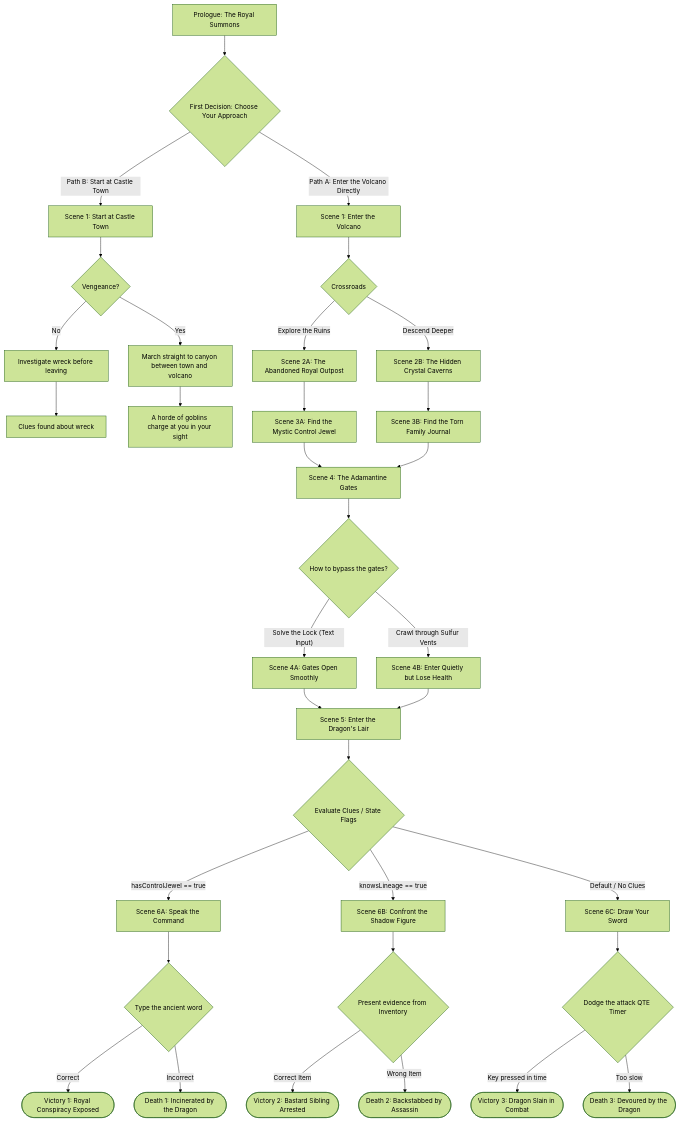
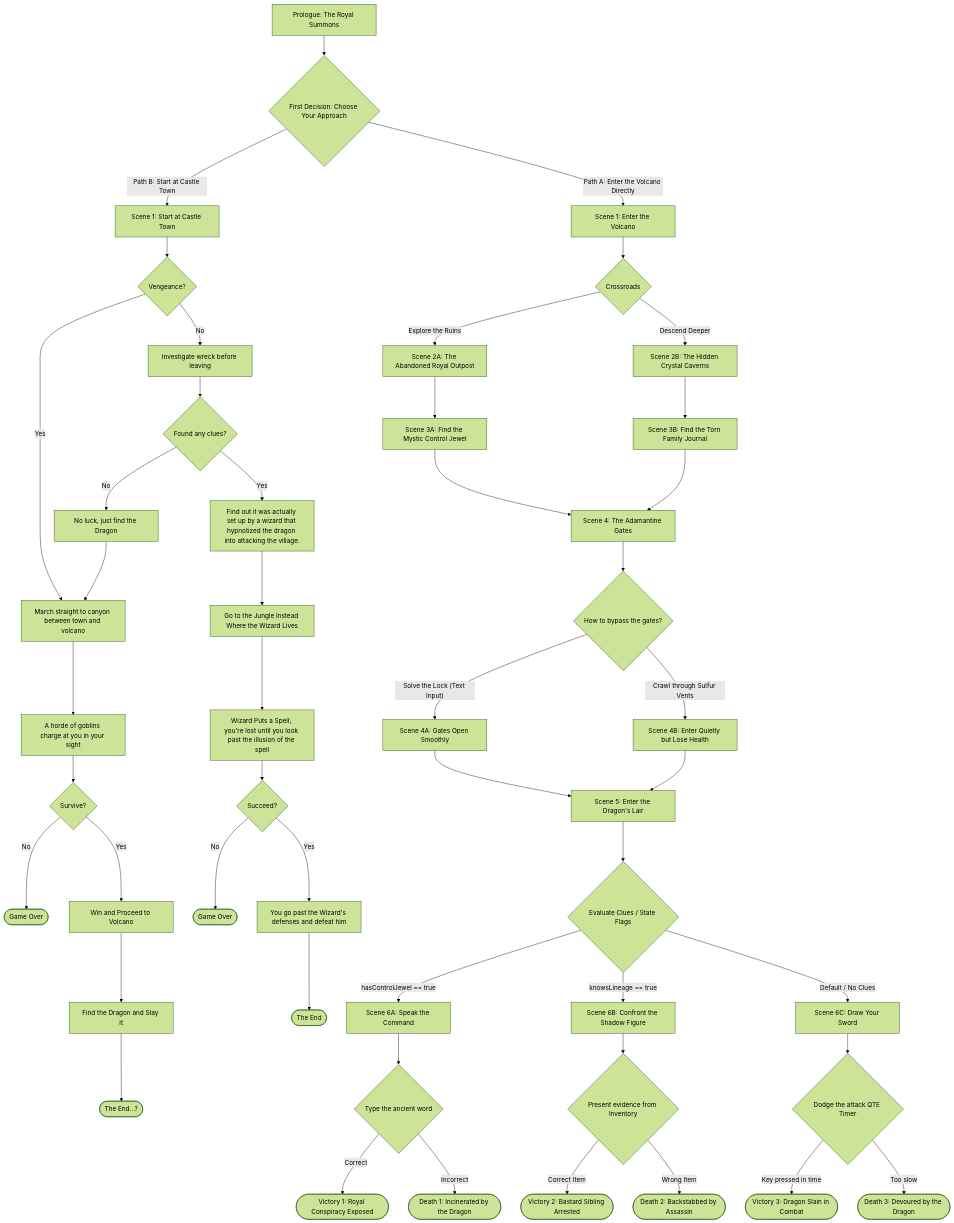
Before and after one commit to jwroberts1/Web115GrpPrj: the diagram in README.md, drawn with Mermaid (forest theme). The commit also changed other lines of this file, not shown here.

Commit message:
Revise README with updated project details
Updated team member roles and responsibilities, expanded story premise, and revised gameplay mechanics. Enhanced flowchart to reflect additional narrative paths and decisions.

````diff
--- a/README.md
+++ b/README.md
@@ -39,57 +39,71 @@
 ```mermaid
 flowchart TD
     %% Opening Split
     Start[Prologue: The Royal Summons] --> Split{First Decision: Choose Your Approach}
     
-    %% Branch B: Zachary's Path (Castle Town & Canyon)
-    Split -- Path B: Start at Castle Town --> Z1[Scene 1: Start at Castle Town]
-    Z1 --> Z2{"Vengeance?"}
-    Z2 -->|Yes| Z4[March straight to canyon between town and volcano]
-    Z2 -->|No| Z3[Investigate wreck before leaving]
-    Z3 --> Z5[Clues found about wreck]
-    Z4 --> Z6[A horde of goblins charge at you in your sight]
+    %% Branch B: Zachary's Path (Castle Town, Canyon & Wizard's Jungle)
+    Split -- Path B: Start at Castle Town --> ZA[Scene 1: Start at Castle Town]
+    ZA --> ZB{"Vengeance?"}
+    ZB -->|Yes| ZD[March straight to canyon between town and volcano]
+    ZB -->|No| ZC[Investigate wreck before leaving]
+    ZC --> ZE{"Found any clues?"}
+    ZD --> ZF[A horde of goblins charge at you in your sight]
+    ZE -->|No| ZM[No luck, just find the Dragon]
+    ZM --> ZD
+    ZE -->|Yes| ZG["Find out it was actually set up by a wizard that hypnotized the dragon into attacking the village."]
+    ZF --> ZH{"Survive?"}
+    ZH -->|No| ZI([Game Over])
+    ZH -->|Yes| ZJ[Win and Proceed to Volcano]
+    ZJ --> ZK[Find the Dragon and Slay it]
+    ZK --> ZL(["The End...?"])
+    ZG --> ZN[Go to the Jungle Instead Where the Wizard Lives]
+    ZN --> ZO["Wizard Puts a Spell; you're lost until you look past the illusion of the spell"]
+    ZO --> ZP{"Succeed?"}
+    ZP -->|No| ZQ([Game Over])
+    ZP -->|Yes| ZR["You go past the Wizard's defenses and defeat him"]
+    ZR --> ZS([The End])
     
     %% Branch A: John's Path (Act 1: The Descent)
     Split -- Path A: Enter the Volcano Directly --> A[Scene 1: Enter the Volcano]
     A --> B{Crossroads}
     B -- Explore the Ruins --> C[Scene 2A: The Abandoned Royal Outpost]
     B -- Descend Deeper --> D[Scene 2B: The Hidden Crystal Caverns]
     
     %% Act 2: Gathering Clues
     C --> E[Scene 3A: Find the Mystic Control Jewel]
     D --> F[Scene 3B: Find the Torn Family Journal]
     
     %% Act 3: The Gate Puzzle
     E --> G[Scene 4: The Adamantine Gates]
     F --> G
     
     G --> H{How to bypass the gates?}
     H -- Solve the Lock (Text Input) --> I[Scene 4A: Gates Open Smoothly]
     H -- Crawl through Sulfur Vents --> J[Scene 4B: Enter Quietly but Lose Health]
     
     %% Act 4: The Dragon's Lair
     I --> K[Scene 5: Enter the Dragon's Lair]
     J --> K
     
     K --> L{Evaluate Clues / State Flags}
     
     %% Act 5: The Branching Finales
     L -- hasControlJewel == true --> M[Scene 6A: Speak the Command]
     L -- knowsLineage == true --> N[Scene 6B: Confront the Shadow Figure]
     L -- Default / No Clues --> O[Scene 6C: Draw Your Sword]
     
     %% Finale 1: The Royal Conspiracy
     M --> M1{Type the ancient word}
     M1 -- Correct --> P([Victory 1: Royal Conspiracy Exposed])
     M1 -- Incorrect --> S([Death 1: Incinerated by the Dragon])
     
     %% Finale 2: The Bastard Sibling
     N --> N1{Present evidence from Inventory}
     N1 -- Correct Item --> Q([Victory 2: Bastard Sibling Arrested])
     N1 -- Wrong Item --> T([Death 2: Backstabbed by Assassin])
     
     %% Finale 3: The Monster Hunt
     O --> O1{Dodge the attack QTE Timer}
     O1 -- Key pressed in time --> R([Victory 3: Dragon Slain in Combat])
     O1 -- Too slow --> U([Death 3: Devoured by the Dragon])
 ```
````
